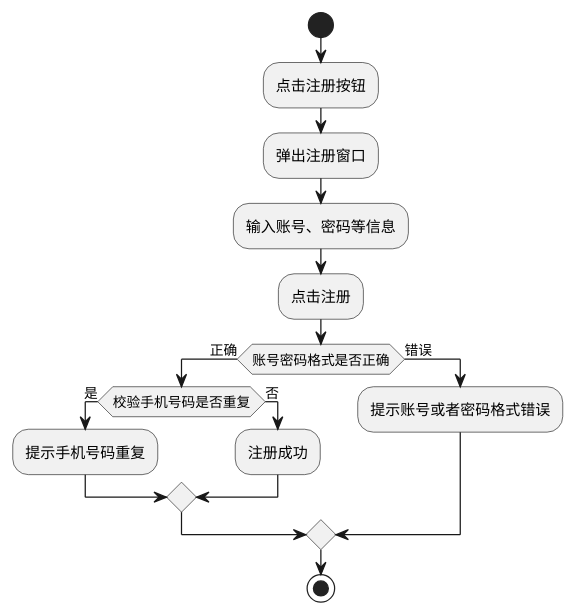
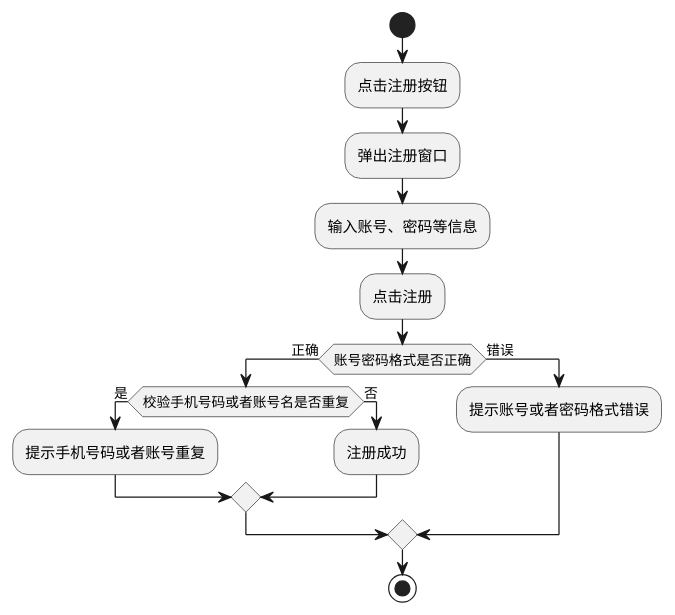
One commit to grimesapple/springGarden changed the diagram in resource/活动图/注册活动图.puml. Above: the diagram before and after it, drawn with PlantUML. The commit also changed 52 other files, not shown here.

```diff
--- a/resource/活动图/注册活动图.puml
+++ b/resource/活动图/注册活动图.puml
@@ -1,21 +1,21 @@
 @startuml
 
 !pragma useVerticalIf on
 start
 :点击注册按钮;
 :弹出注册窗口;
 :输入账号、密码等信息;
 :点击注册;
 if (账号密码格式是否正确) then (正确)
-    if (校验手机号码是否重复) is (是) then
-      :提示手机号码重复;
+    if (校验手机号码或者账号名是否重复) is (是) then
+      :提示手机号码或者账号重复;
     else (否)
       :注册成功;
     endif
 else (错误)
     :提示账号或者密码格式错误;
 endif
 
 stop
 
 @enduml
```
